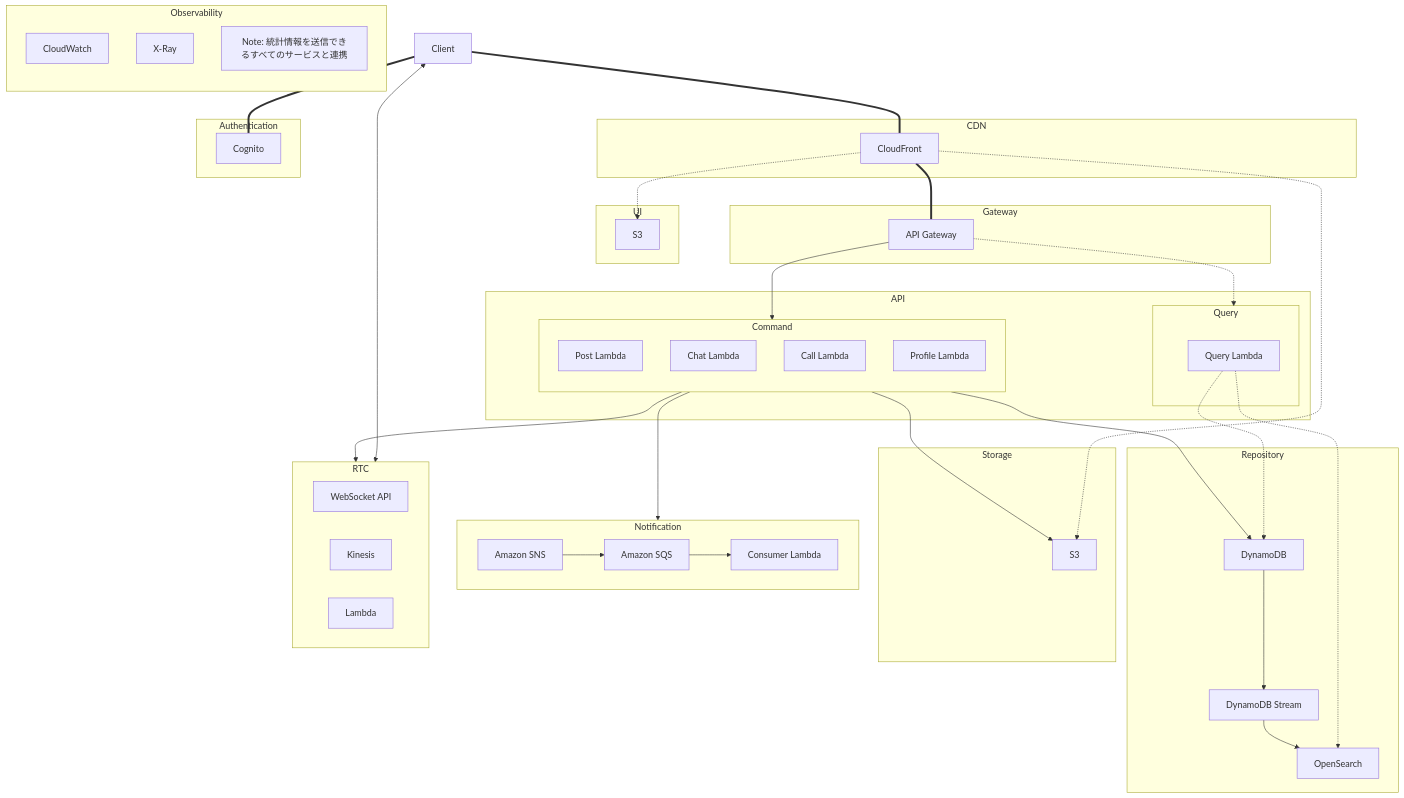
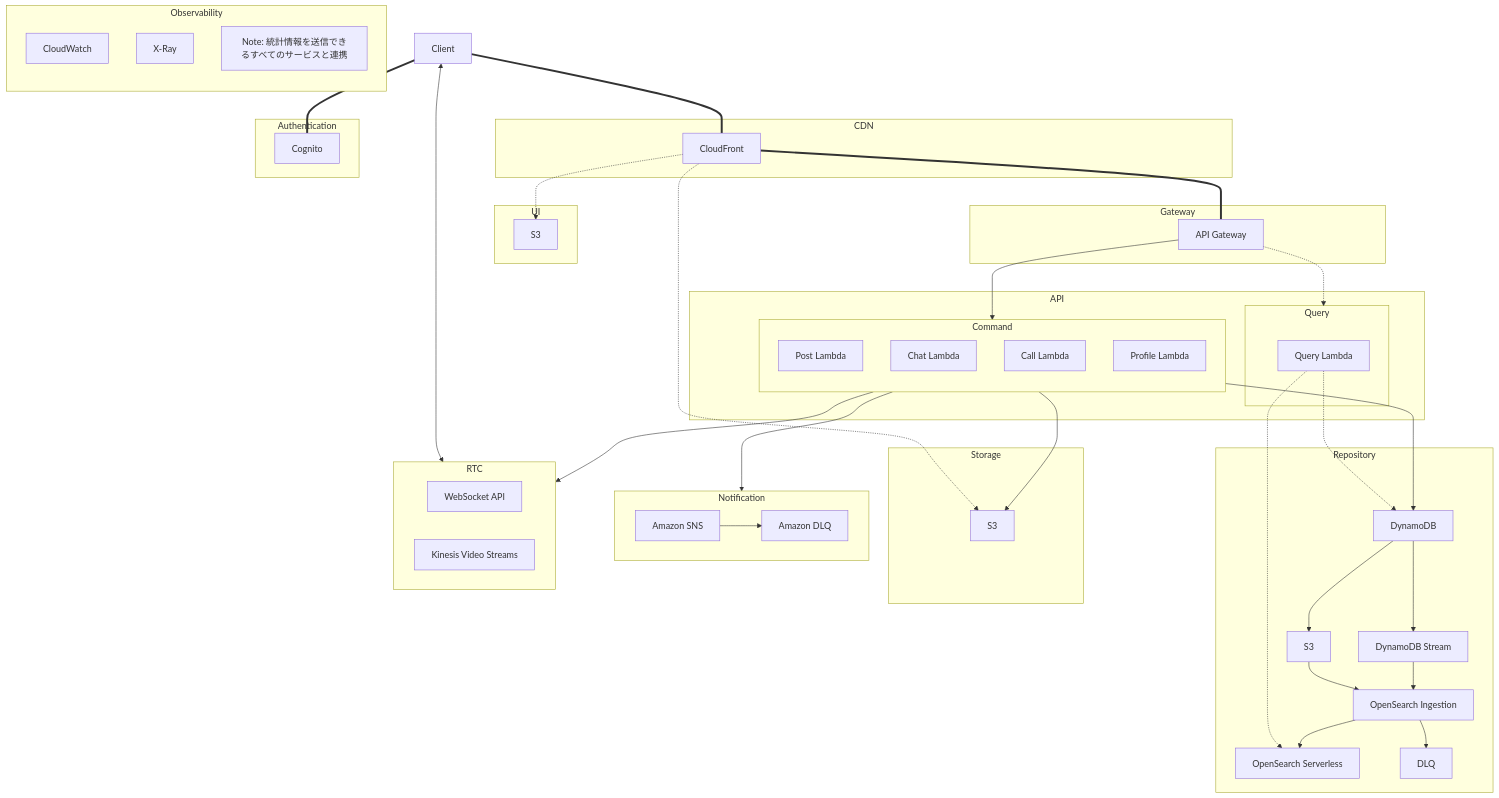
One commit to Xo1otl/mictlan changed the diagram in apps/asyncsns/README.md. Above: the diagram before and after it, drawn with Mermaid. The commit also changed other lines of this file, not shown here.

````diff
--- a/apps/asyncsns/README.md
+++ b/apps/asyncsns/README.md
@@ -60,7 +60,10 @@
     subgraph Repository["Repository"]
         DynamoDB["DynamoDB"]
         DynamoStream["DynamoDB Stream"]
-        OpenSearch["OpenSearch"]
+        OpenSearchIngestion["OpenSearch Ingestion"]
+        OpenSearch["OpenSearch Serverless"]
+        S3Snapshot["S3"]
+        OpenSearchDLQ["DLQ"]
     end
 
     subgraph Storage["Storage"]
@@ -69,14 +72,12 @@
 
     subgraph Notification["Notification"]
         SNS["Amazon SNS"]
-        SQS["Amazon SQS"]
-        ConsumerLambda["Consumer Lambda"]
+        DLQ["Amazon DLQ"]
     end
 
     subgraph RTC["RTC"]
         WebSocket["WebSocket API"]
-        Kinesis["Kinesis"]
-        Lambda["Lambda"]
+        KinesisVideoStreams["Kinesis Video Streams"]
     end
 
     %% Observability components
@@ -111,11 +112,11 @@
     QueryLambda -.-> DynamoDB
     QueryLambda -.-> OpenSearch
     
-    %% Dual-purpose paths
     DynamoDB --> DynamoStream
-    DynamoStream --> OpenSearch
-    
-    %% Notification flow
-    SNS --> SQS
-    SQS --> ConsumerLambda
+    DynamoDB --> S3Snapshot
+    S3Snapshot --> OpenSearchIngestion
+    DynamoStream --> OpenSearchIngestion
+    OpenSearchIngestion --> OpenSearch
+    OpenSearchIngestion --> OpenSearchDLQ
+    SNS --> DLQ
 ```
````
